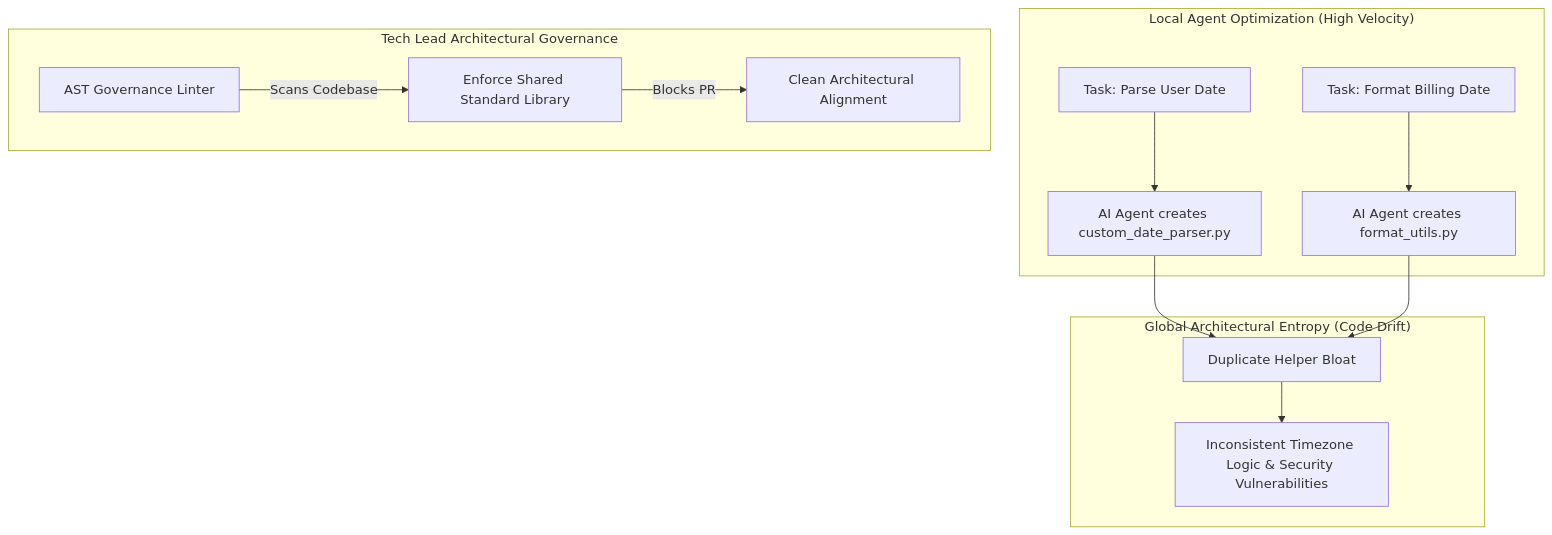
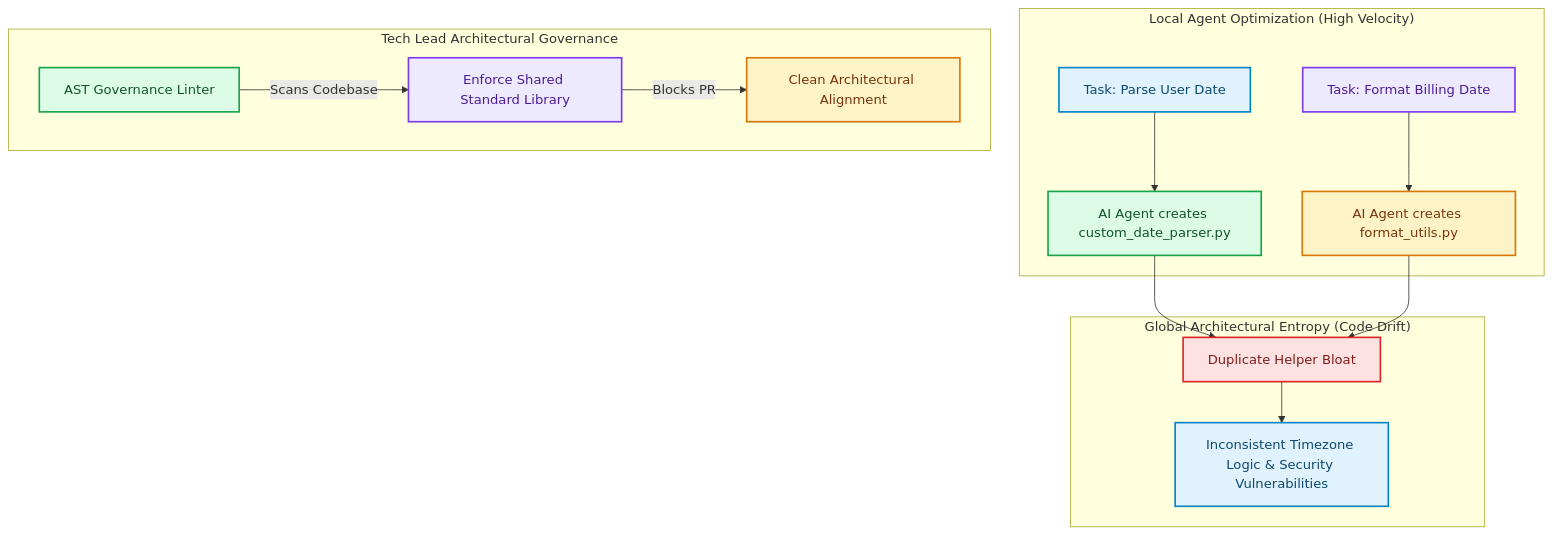
The diagram in blog/posts/tech-lead-preventing-ai-code-drift-architectural-governance.md (akmalkhaniub/akmalkhaniub.github.io), drawn with Mermaid before and after one commit. The commit also changed other lines of this file and 1291 other files, not shown here.

First line of the commit message:
feat(catalog): unique covers, scholarly references, and diagram palettes

````diff
--- a/blog/posts/tech-lead-preventing-ai-code-drift-architectural-governance.md
+++ b/blog/posts/tech-lead-preventing-ai-code-drift-architectural-governance.md
@@ -13,16 +13,27 @@
 ```mermaid
 flowchart TD
   subgraph SG1_LocalAgentOptimization ["Local Agent Optimization (High Velocity)"]
-    A[Task: Parse User Date] --> B[AI Agent creates custom_date_parser.py]
-    C[Task: Format Billing Date] --> D[AI Agent creates format_utils.py]
+    A["Task: Parse User Date"] --> B["AI Agent creates custom_date_parser.py"]
+    C["Task: Format Billing Date"] --> D["AI Agent creates format_utils.py"]
   end
   subgraph SG2_GlobalArchitecturalEntropy ["Global Architectural Entropy (Code Drift)"]
-    B --> E[Duplicate Helper Bloat]
+    B --> E["Duplicate Helper Bloat"]
     D --> E
-    E --> F[Inconsistent Timezone Logic & Security Vulnerabilities]
+    E --> F["Inconsistent Timezone Logic & Security Vulnerabilities"]
   end
   subgraph SG3_TechLeadArchitectural ["Tech Lead Architectural Governance"]
-    G[AST Governance Linter] -->|Scans Codebase| H[Enforce Shared Standard Library]
-    H -->|Blocks PR| I[Clean Architectural Alignment]
+    G["AST Governance Linter"] -->|Scans Codebase| H["Enforce Shared Standard Library"]
+    H -->|Blocks PR| I["Clean Architectural Alignment"]
   end
+
+classDef green fill:#dcfce7,stroke:#16a34a,stroke-width:2px,color:#14532d;
+classDef red fill:#fee2e2,stroke:#dc2626,stroke-width:2px,color:#7f1d1d;
+classDef blue fill:#e0f2fe,stroke:#0284c7,stroke-width:2px,color:#0c4a6e;
+classDef yellow fill:#fef3c7,stroke:#d97706,stroke-width:2px,color:#78350f;
+classDef purple fill:#ede9fe,stroke:#7c3aed,stroke-width:2px,color:#4c1d95;
+class A,F blue
+class B,G green
+class C,H purple
+class D,I yellow
+class E red
 ```
````
